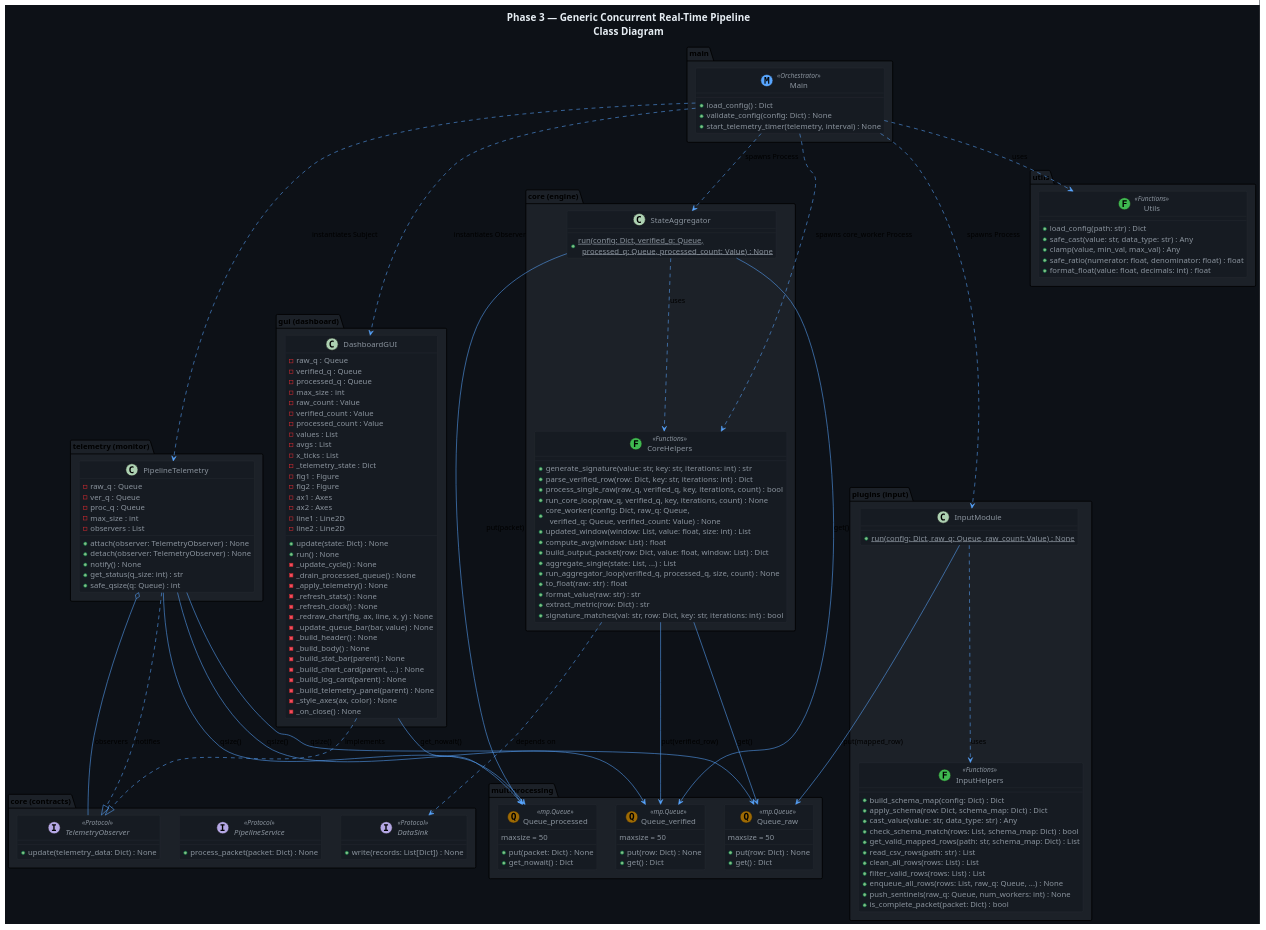
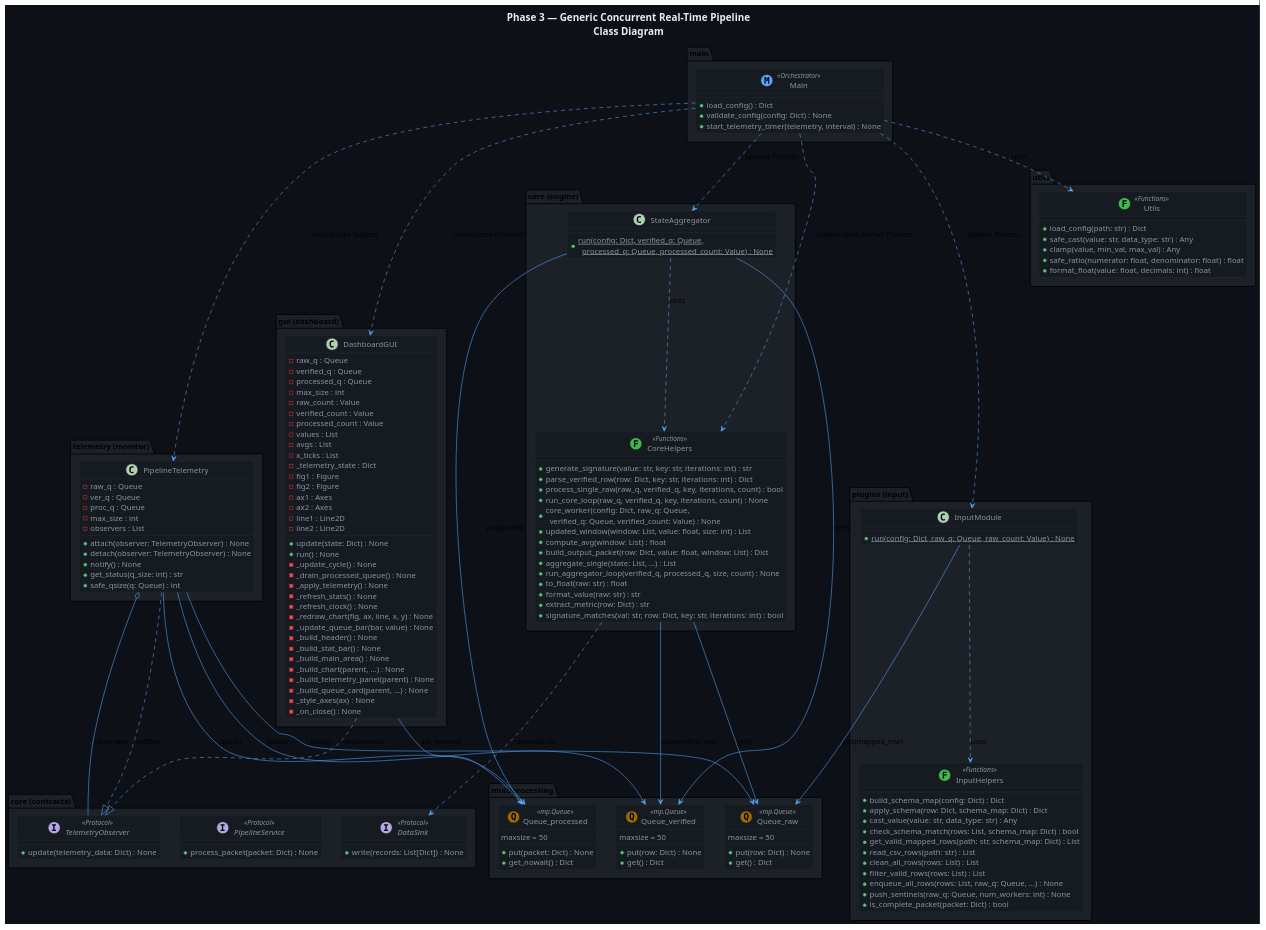
One commit to Fakhir7405/SDA_Project_P3 changed the diagram in uml/class.puml. Above: the diagram before and after it, drawn with PlantUML. The commit also changed 3 other files, not shown here.

```diff
--- a/uml/class.puml
+++ b/uml/class.puml
@@ -16,7 +16,7 @@
 
 title Phase 3 — Generic Concurrent Real-Time Pipeline\nClass Diagram
 
-'PROTOCOLS (DIP Contracts)
+' PROTOCOLS 
 package "core (contracts)" #1c2128 {
 
     interface DataSink << Protocol >> {
@@ -32,7 +32,7 @@
     }
 }
 
-'INPUT MODULE(It reads and maps CSV data, filters rows, and pushes them into the pipeline)
+'  INPUT MODULE
 package "plugins (input)" #1c2128 {
 
     class InputModule {
@@ -56,7 +56,7 @@
     InputModule ..> InputHelpers : uses
 }
 
-'CORE MODULE(It processes raw rows, verifies them, computes aggregates, and generates output)
+'CORE MODULE 
 package "core (engine)" #1c2128 {
 
     class StateAggregator {
@@ -84,7 +84,7 @@
     CoreHelpers ..> DataSink : depends on
 }
 
-' TELEMETRY MODULE(It monitors queues and notifies observers (e.g. dashboard) with current status)
+'  TELEMETRY MODULE 
 package "telemetry (monitor)" #1c2128 {
 
     class PipelineTelemetry {
@@ -104,7 +104,7 @@
     PipelineTelemetry o-- TelemetryObserver : observers
 }
 
-' GUI MODULE(It shows dashboard, charts, and telemetry updates)
+' GUI MODULE 
 package "gui (dashboard)" #1c2128 {
 
     class DashboardGUI {
@@ -135,19 +135,19 @@
         - _redraw_chart(fig, ax, line, x, y) : None
         - _update_queue_bar(bar, value) : None
         - _build_header() : None
-        - _build_body() : None
-        - _build_stat_bar(parent) : None
-        - _build_chart_card(parent, ...) : None
-        - _build_log_card(parent) : None
+        - _build_stat_bar() : None
+        - _build_main_area() : None
+        - _build_chart(parent, ...) : None
         - _build_telemetry_panel(parent) : None
-        - _style_axes(ax, color) : None
+        - _build_queue_card(parent, ...) : None
+        - _style_axes(ax) : None
         - _on_close() : None
     }
 
     DashboardGUI ..|> TelemetryObserver : implements
 }
 
-'UTILS(It provides general helper functions used across modules)
+' UTILS 
 package "utils" #1c2128 {
     class Utils << (F,#3fb950) Functions >> {
         + load_config(path: str) : Dict
@@ -158,7 +158,7 @@
     }
 }
 
-'MAIN ORCHESTRATOR(It starts processes, GUI, telemetry, and coordinates the pipeline)
+' MAIN ORCHESTRATOR 
 package "main" #1c2128 {
 
     class Main << (M,#58a6ff) Orchestrator >> {
@@ -167,15 +167,15 @@
         + start_telemetry_timer(telemetry, interval) : None
     }
 
-    Main ..> InputModule        : spawns Process
-    Main ..> CoreHelpers        : spawns core_worker Process
-    Main ..> StateAggregator    : spawns Process
-    Main ..> PipelineTelemetry  : instantiates Subject
-    Main ..> DashboardGUI       : instantiates Observer
-    Main ..> Utils              : uses
+    Main ..> InputModule       : spawns Process
+    Main ..> CoreHelpers       : spawns core_worker Process
+    Main ..> StateAggregator   : spawns Process
+    Main ..> PipelineTelemetry : instantiates Subject
+    Main ..> DashboardGUI      : instantiates Observer
+    Main ..> Utils             : uses
 }
 
-'MULTIPROCESSING QUEUES(Queues used to communicate between processes)
+'  MULTIPROCESSING QUEUES
 package "multiprocessing" #1c2128 {
 
     class Queue_raw << (Q,#9e6a03) mp.Queue >> {
@@ -197,13 +197,13 @@
     }
 }
 
-'QUEUE CONNECTIONS
-InputModule    --> Queue_raw       : put(mapped_row)
-CoreHelpers    --> Queue_raw       : get()
-CoreHelpers    --> Queue_verified  : put(verified_row)
-StateAggregator --> Queue_verified : get()
+'  QUEUE CONNECTIONS
+InputModule     --> Queue_raw       : put(mapped_row)
+CoreHelpers     --> Queue_raw       : get()
+CoreHelpers     --> Queue_verified  : put(verified_row)
+StateAggregator --> Queue_verified  : get()
 StateAggregator --> Queue_processed : put(packet)
-DashboardGUI   --> Queue_processed : get_nowait()
+DashboardGUI    --> Queue_processed : get_nowait()
 
 PipelineTelemetry --> Queue_raw       : qsize()
 PipelineTelemetry --> Queue_verified  : qsize()
```
